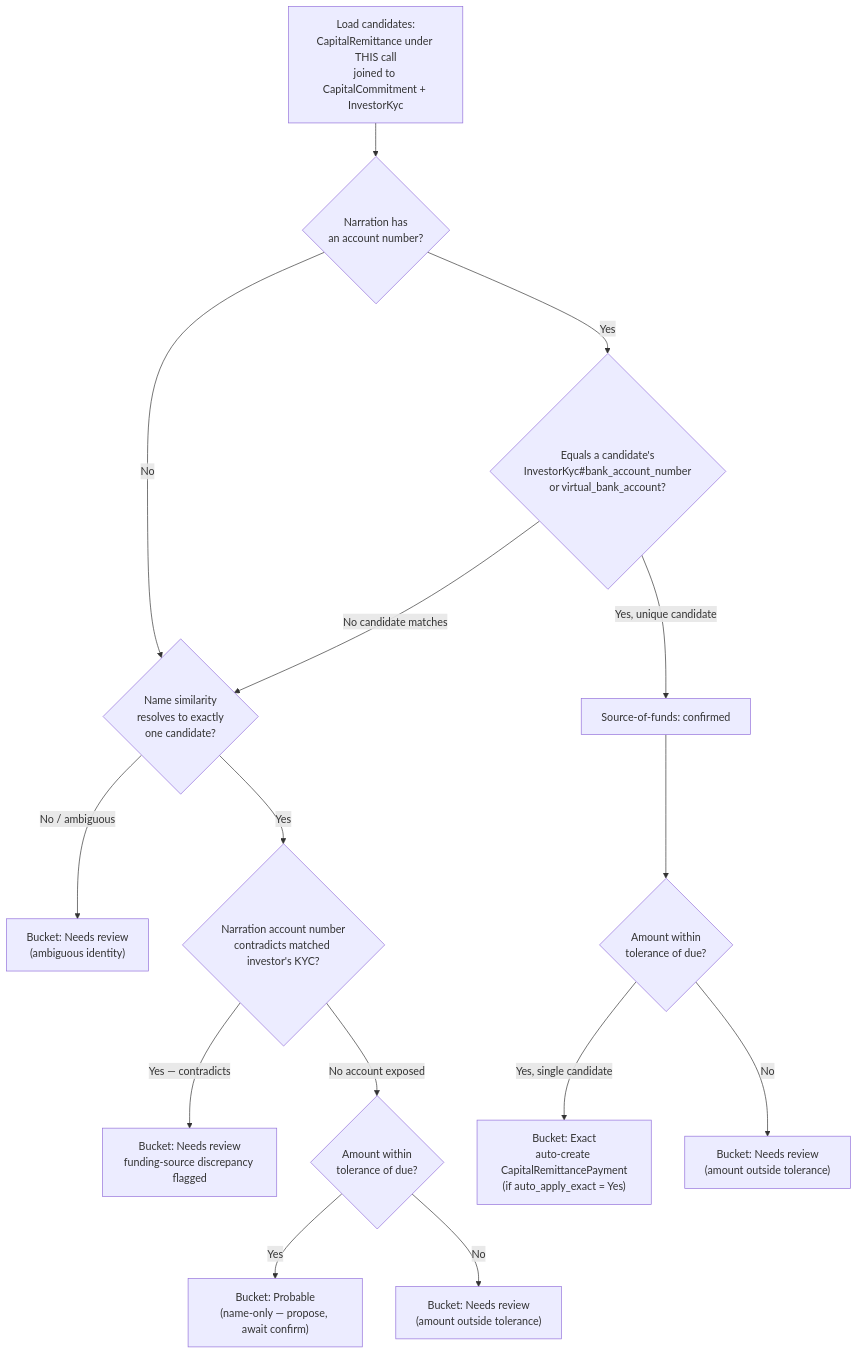
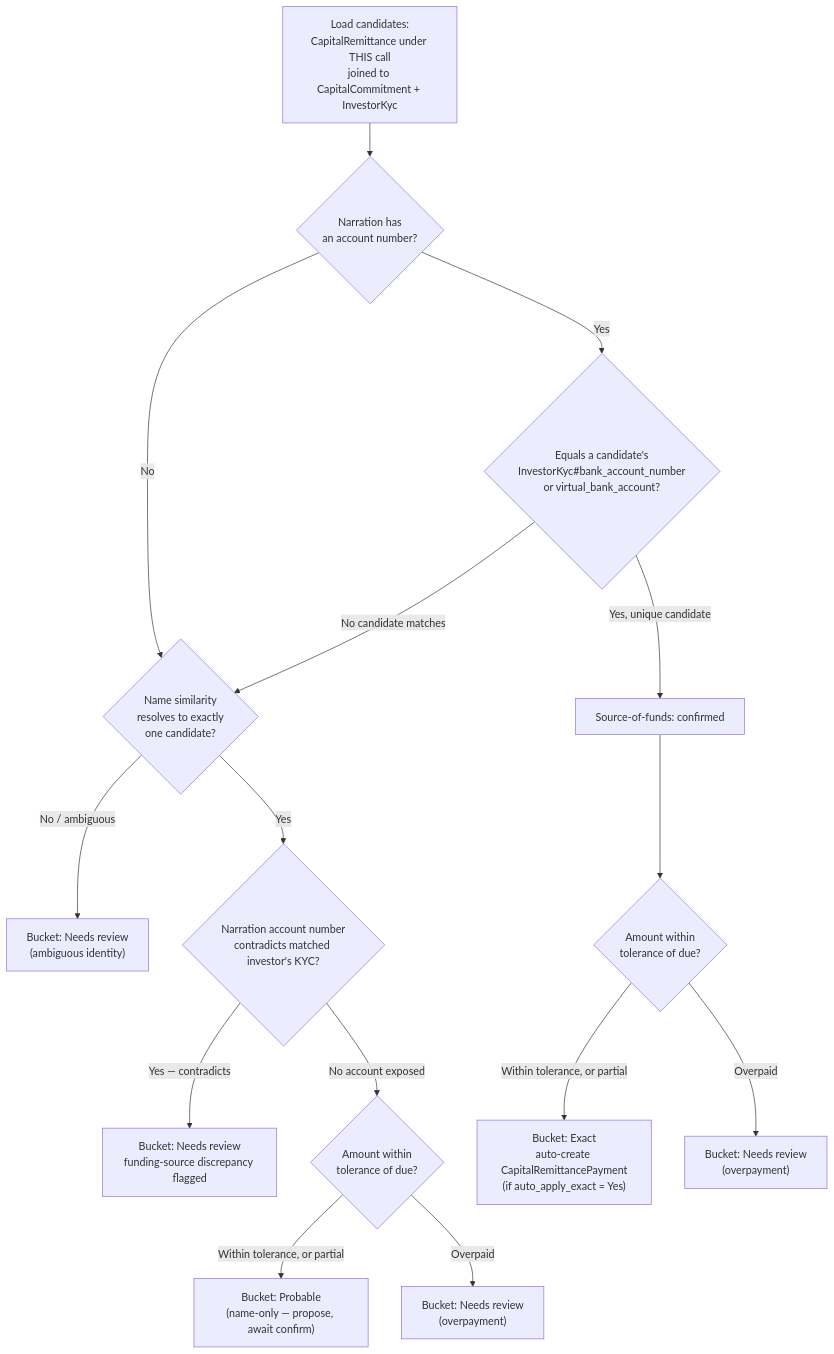
One commit to sampadadiwan/IRM_CompanyMain changed the second of 5 diagrams in docs/ai/capital_remittance_reconciliation_agent_prd.md. Above: the diagram before and after it, drawn with Mermaid. The commit also changed other lines of this file and 23 other files, not shown here.

````diff
--- a/docs/ai/capital_remittance_reconciliation_agent_prd.md
+++ b/docs/ai/capital_remittance_reconciliation_agent_prd.md
@@ -172,19 +172,19 @@
 ```mermaid
 flowchart TD
     Candidates["Load candidates:\nCapitalRemittance under THIS call\njoined to CapitalCommitment + InvestorKyc"] --> IdCheck
     IdCheck{"Narration has\nan account number?"}
     IdCheck -->|Yes| AcctMatch{"Equals a candidate's\nInvestorKyc#bank_account_number\nor virtual_bank_account?"}
     IdCheck -->|No| NameMatch
     AcctMatch -->|"Yes, unique candidate"| SoFOK["Source-of-funds: confirmed"]
     AcctMatch -->|"No candidate matches"| NameMatch
     NameMatch{"Name similarity\nresolves to exactly\none candidate?"}
     NameMatch -->|"No / ambiguous"| Review1["Bucket: Needs review\n(ambiguous identity)"]
     NameMatch -->|Yes| SoFCheck{"Narration account number\ncontradicts matched investor's KYC?"}
     SoFCheck -->|"Yes — contradicts"| Review2["Bucket: Needs review\nfunding-source discrepancy flagged"]
     SoFCheck -->|"No account exposed"| AmountA{"Amount within\ntolerance of due?"}
     SoFOK --> AmountB{"Amount within\ntolerance of due?"}
-    AmountA -->|Yes| Probable["Bucket: Probable\n(name-only — propose, await confirm)"]
-    AmountA -->|No| Review3["Bucket: Needs review\n(amount outside tolerance)"]
-    AmountB -->|"Yes, single candidate"| Exact["Bucket: Exact\nauto-create CapitalRemittancePayment\n(if auto_apply_exact = Yes)"]
-    AmountB -->|No| Review4["Bucket: Needs review\n(amount outside tolerance)"]
+    AmountA -->|"Within tolerance, or partial"| Probable["Bucket: Probable\n(name-only — propose, await confirm)"]
+    AmountA -->|Overpaid| Review3["Bucket: Needs review\n(overpayment)"]
+    AmountB -->|"Within tolerance, or partial"| Exact["Bucket: Exact\nauto-create CapitalRemittancePayment\n(if auto_apply_exact = Yes)"]
+    AmountB -->|Overpaid| Review4["Bucket: Needs review\n(overpayment)"]
 ```
````
